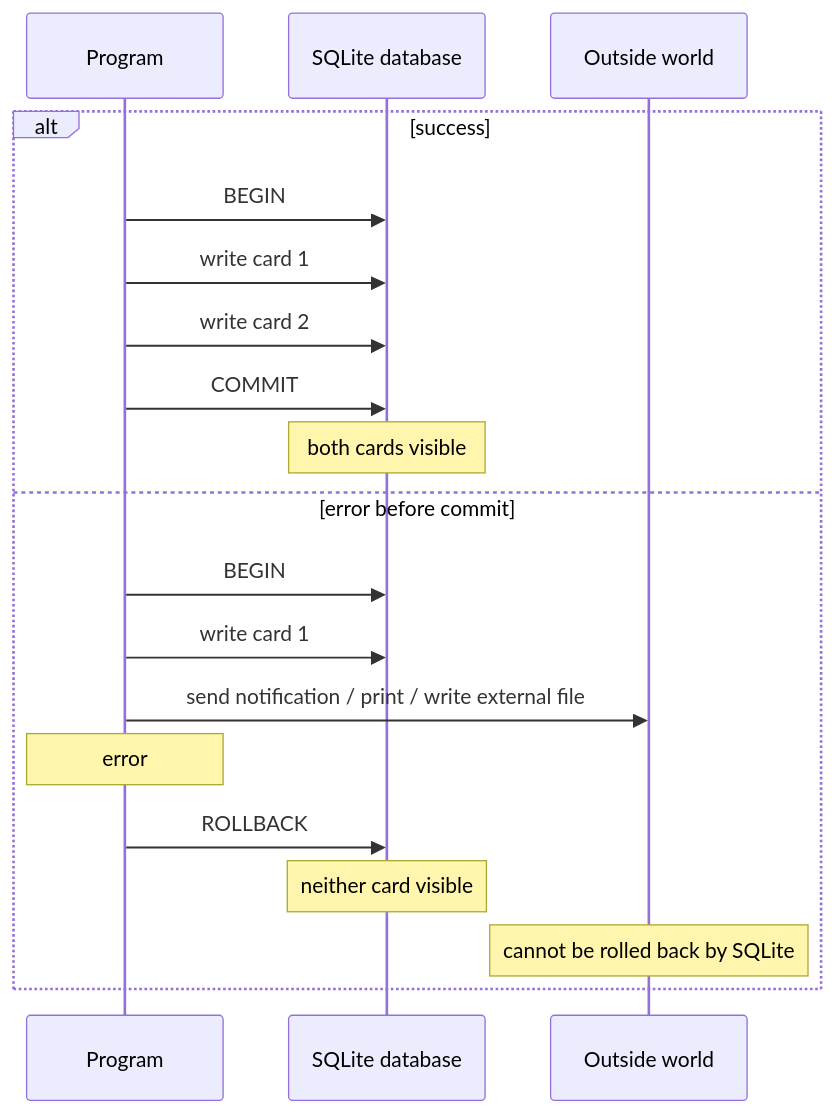
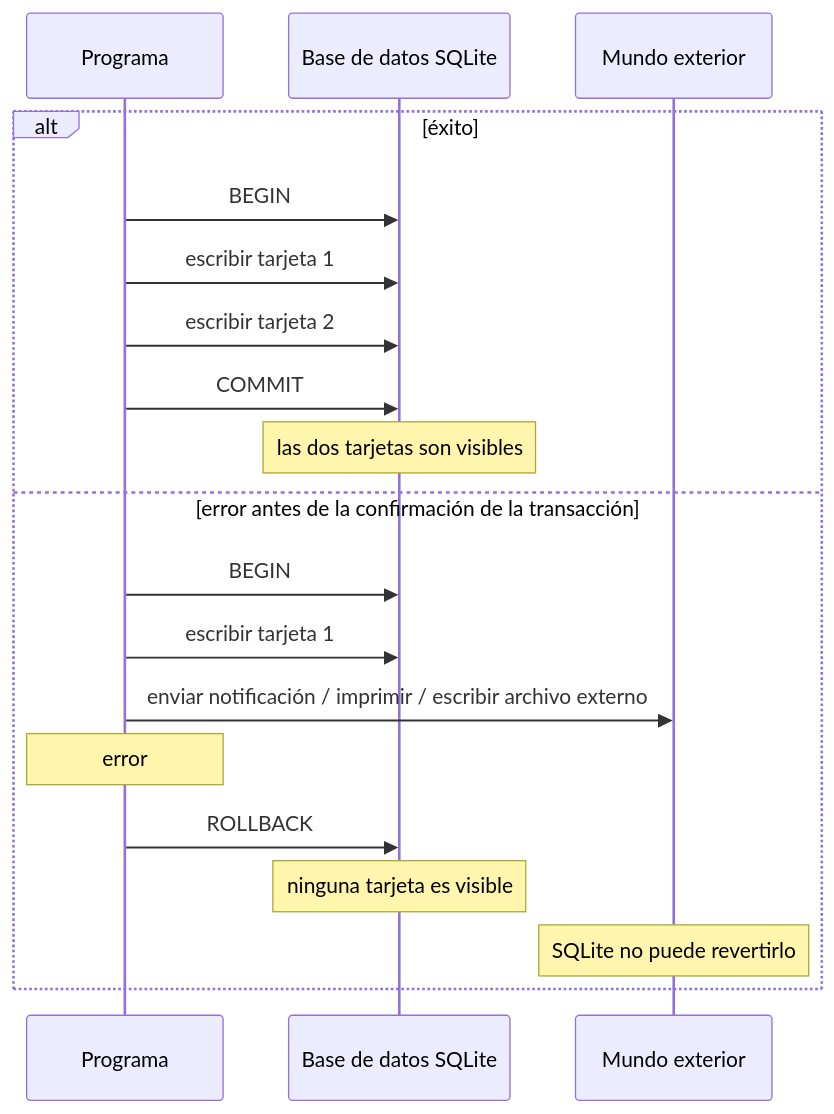
Before and after one commit to dullroar/aprende-a-programar-como-un-bicho-raro: the diagram in lessons/cs-source/concepts/transaction.md, drawn with Mermaid. The commit also changed other lines of this file and 27 other files, not shown here.

````diff
--- a/lessons/cs-source/concepts/transaction.md
+++ b/lessons/cs-source/concepts/transaction.md
@@ -8,23 +8,23 @@
 ```mermaid
 sequenceDiagram
-    accTitle: The database rolls back its transaction, not every effect the program caused
-    accDescr: A sequence diagram with the program, the SQLite database and the outside world. In the success case the program begins, writes card 1, writes card 2 and commits, and both cards are visible. In the failure case the program begins and writes card 1. It sends a notification to the outside world, which is not part of the transaction. Then an error occurs and the program rolls back, so neither card is visible. SQLite cannot unsend the notification.
-    participant P as Program
-    participant DB as SQLite database
-    participant X as Outside world
-    alt success
+    accTitle: La base de datos revierte su transacción, no todos los efectos que causó el programa
+    accDescr: Un diagrama de secuencia con el programa, la base de datos SQLite y el mundo exterior. En el caso de éxito, el programa empieza, escribe la tarjeta 1, escribe la tarjeta 2 y confirma la transacción, y las dos tarjetas son visibles. En el caso de fallo, el programa empieza y escribe la tarjeta 1. Envía una notificación al mundo exterior, que no forma parte de la transacción. Luego ocurre un error y el programa revierte, así que ninguna tarjeta es visible. SQLite no puede retirar la notificación.
+    participant P as Programa
+    participant DB as Base de datos SQLite
+    participant X as Mundo exterior
+    alt éxito
         P->>DB: BEGIN
-        P->>DB: write card 1
-        P->>DB: write card 2
+        P->>DB: escribir tarjeta 1
+        P->>DB: escribir tarjeta 2
         P->>DB: COMMIT
-        Note over DB: both cards visible
-    else error before commit
+        Note over DB: las dos tarjetas son visibles
+    else error antes de la confirmación de la transacción
         P->>DB: BEGIN
-        P->>DB: write card 1
-        P->>X: send notification / print / write external file
+        P->>DB: escribir tarjeta 1
+        P->>X: enviar notificación / imprimir / escribir archivo externo
         Note over P: error
         P->>DB: ROLLBACK
-        Note over DB: neither card visible
-        Note over X: cannot be rolled back by SQLite
+        Note over DB: ninguna tarjeta es visible
+        Note over X: SQLite no puede revertirlo
     end
 ```
````
